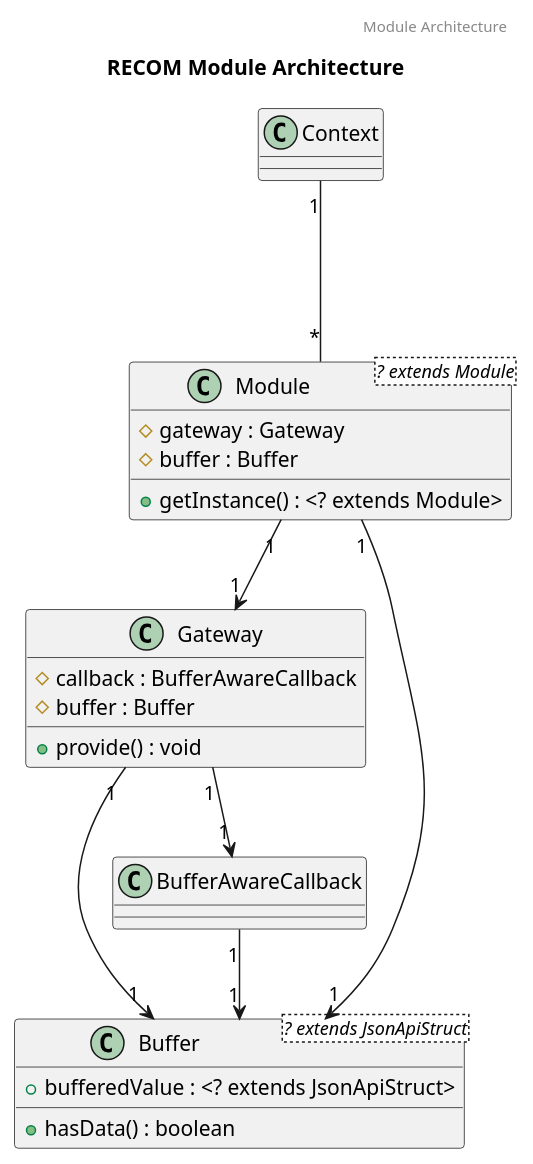
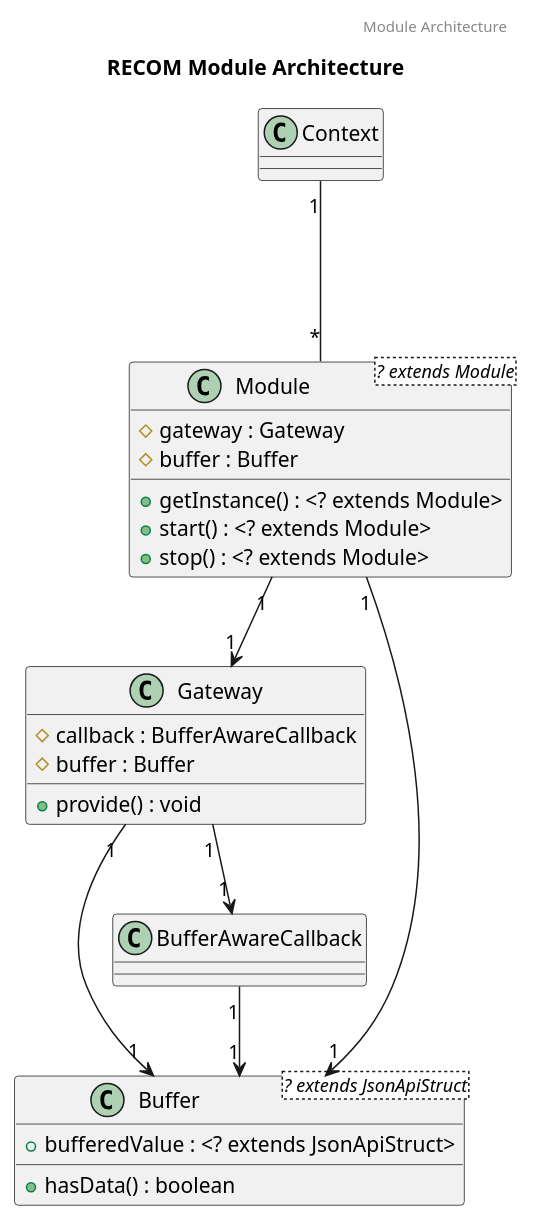
The diagram in docs/ModuleArchitecture.puml (svencc/ReforgerCommanderClient), drawn with PlantUML before and after one commit. The commit also changed 18 other files, not shown here.

```diff
--- a/docs/ModuleArchitecture.puml
+++ b/docs/ModuleArchitecture.puml
@@ -1,36 +1,38 @@
 @startuml
 'https://plantuml.com/class-diagram
 
 header Module Architecture
 title RECOM Module Architecture
 
 class Context
 
 class Module<? extends Module> {
     # gateway : Gateway
     # buffer : Buffer
     + getInstance() : <? extends Module>
+    + start() : <? extends Module>
+    + stop() : <? extends Module>
 }
 
 class Gateway {
     # callback : BufferAwareCallback
     # buffer : Buffer
     + provide() : void
 }
 
 class Buffer <? extends JsonApiStruct>{
     + bufferedValue : <? extends JsonApiStruct>
     + hasData() : boolean
 }
 
 class BufferAwareCallback
 
 Context "1" --- "*" Module
 Module "1" --> "1" Gateway
 Module "1" --> "1" Buffer
 Gateway "1" --> "1" Buffer
 Gateway "1" --> "1" BufferAwareCallback
 BufferAwareCallback "1" --> "1" Buffer
 'Value -- Buffer
 
 @enduml
```
